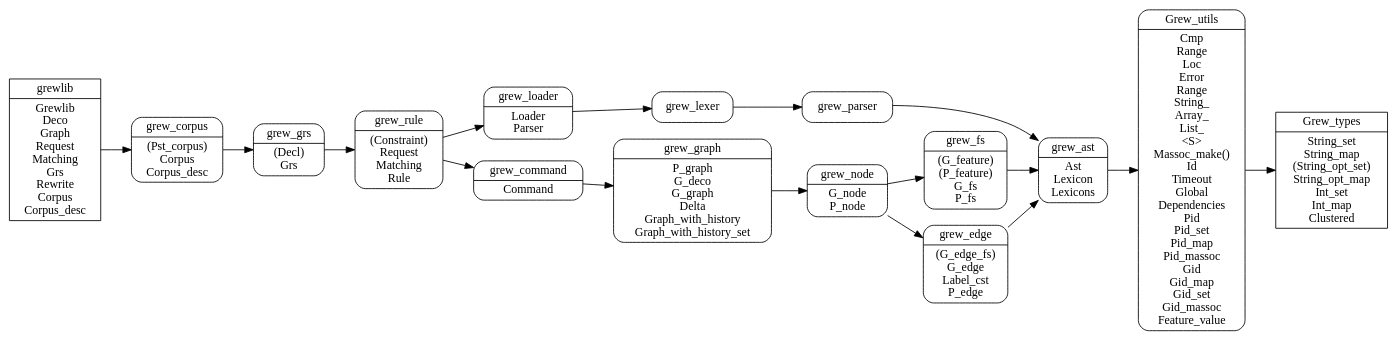
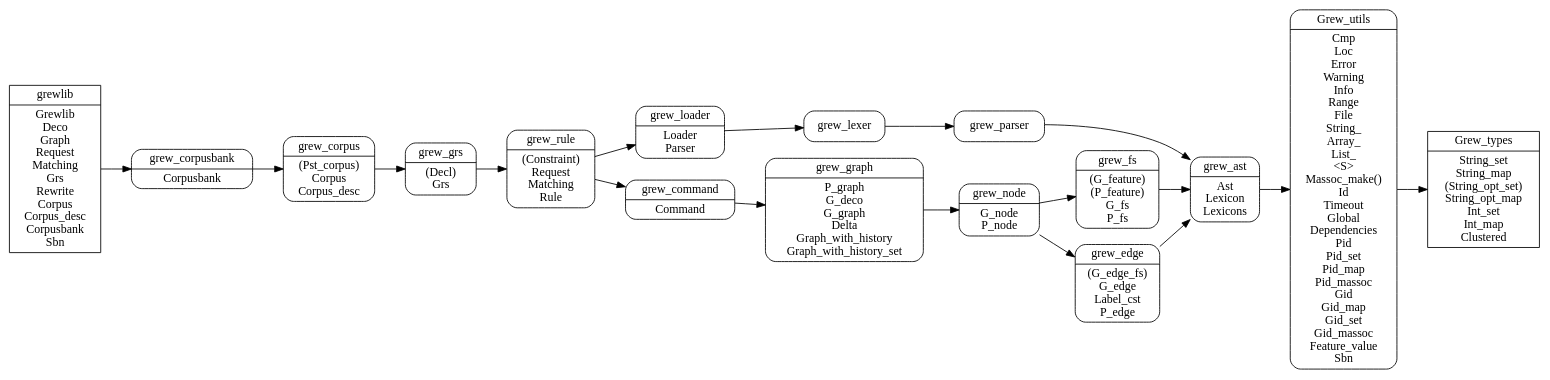
Before and after one commit to grew-nlp/grewlib: the diagram in dev/arch.dot, drawn with Graphviz.

```diff
--- a/dev/arch.dot
+++ b/dev/arch.dot
@@ -1,30 +1,32 @@
 digraph grew {
   node [shape=Mrecord];
   rankdir = LR;
   Grew_types [fillcolor=yellow, shape=record, label="Grew_types|String_set\nString_map\n(String_opt_set)\nString_opt_map\nInt_set\nInt_map\nClustered"]
-  Grew_utils [label="Grew_utils|Cmp\nRange\nLoc\nError\nRange\nString_\nArray_\nList_\n&lt;S&gt;\nMassoc_make()\nId\nTimeout\nGlobal\nDependencies\nPid\nPid_set\nPid_map\nPid_massoc\nGid\nGid_map\nGid_set\nGid_massoc\nFeature_value"]
+  Grew_utils [label="Grew_utils|Cmp\nLoc\nError\nWarning\nInfo\nRange\nFile\nString_\nArray_\nList_\n&lt;S&gt;\nMassoc_make()\nId\nTimeout\nGlobal\nDependencies\nPid\nPid_set\nPid_map\nPid_massoc\nGid\nGid_map\nGid_set\nGid_massoc\nFeature_value\nSbn"]
   grew_ast [label="grew_ast|Ast\nLexicon\nLexicons"]
   grew_loader [label="grew_loader|Loader\nParser"]
   grew_fs [label="grew_fs|(G_feature)\n(P_feature)\nG_fs\nP_fs"]
   grew_edge [label="grew_edge|(G_edge_fs)\nG_edge\nLabel_cst\nP_edge"]
   grew_node [label="grew_node|G_node\nP_node"]
   grew_command [label="grew_command|Command"]
   grew_graph [label="grew_graph|P_graph\nG_deco\nG_graph\nDelta\nGraph_with_history\nGraph_with_history_set"]
   grew_rule [label="grew_rule|(Constraint)\nRequest\nMatching\nRule"]
   grew_grs [label="grew_grs|(Decl)\nGrs"]
   grew_corpus [label="grew_corpus|(Pst_corpus)\nCorpus\nCorpus_desc"]
-  grewlib [fillcolor=yellow, shape=record, label="grewlib|Grewlib\nDeco\nGraph\nRequest\nMatching\nGrs\nRewrite\nCorpus\nCorpus_desc"]
+  grew_corpusbank [label="grew_corpusbank|Corpusbank"]
+  grewlib [fillcolor=yellow, shape=record, label="grewlib|Grewlib\nDeco\nGraph\nRequest\nMatching\nGrs\nRewrite\nCorpus\nCorpus_desc\nCorpusbank\nSbn"]
 grew_ast -> Grew_utils -> Grew_types
 grew_edge -> grew_ast
 grew_fs -> grew_ast
 grew_command -> grew_graph
 grew_node -> grew_edge
 grew_node -> grew_fs
 grew_graph -> grew_node
 grew_rule -> grew_command
 grew_grs -> grew_rule
 grew_rule -> grew_loader -> grew_lexer -> grew_parser -> grew_ast
 grew_corpus -> grew_grs
-grewlib -> grew_corpus
+grew_corpusbank -> grew_corpus
+grewlib -> grew_corpusbank
 
 }
```
